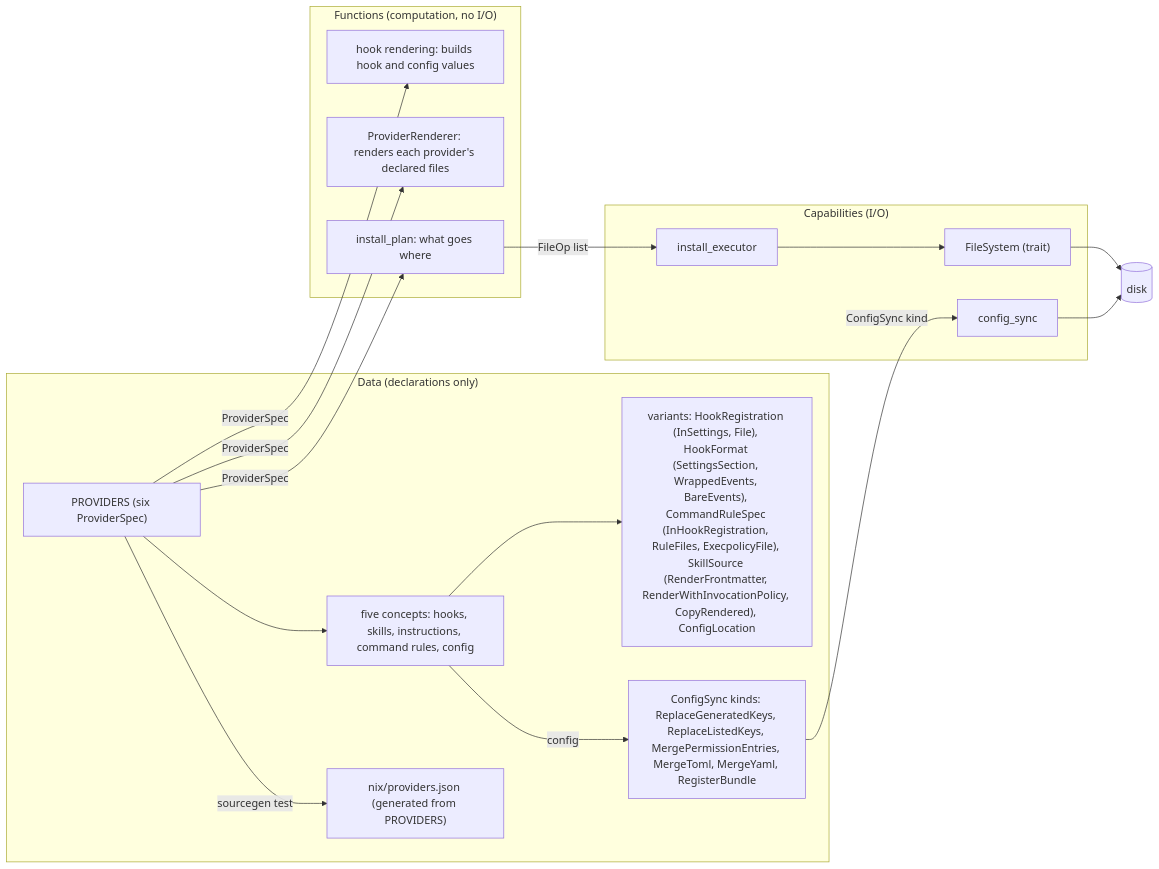
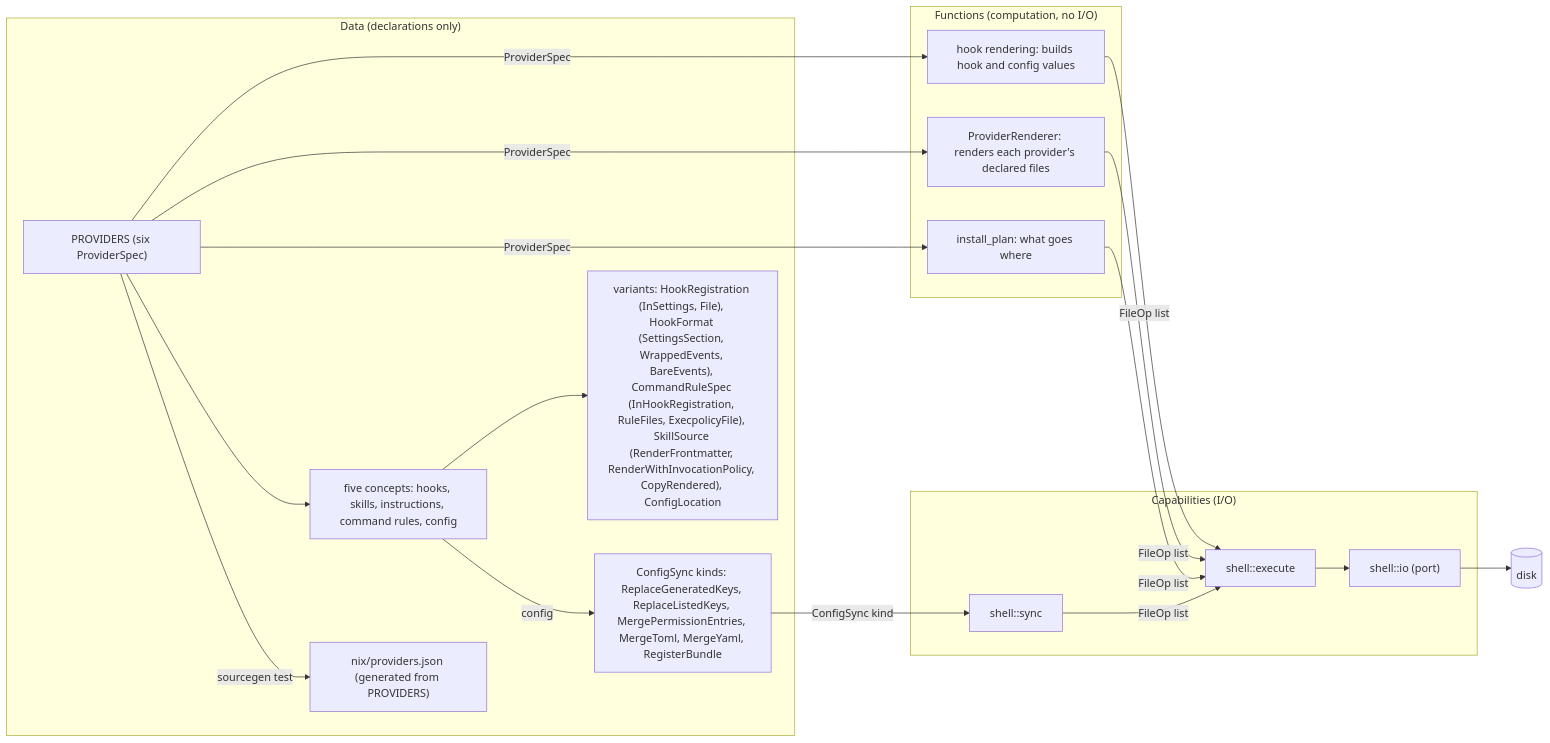
Before and after one commit to furedea/agent-harness: the first of 2 diagrams in docs/DESIGN.md, drawn with Mermaid. The commit also changed other lines of this file and 2 other files, not shown here.

First line of the commit message:
docs(adr): record the functional core and imperative shell split

````diff
--- a/docs/DESIGN.md
+++ b/docs/DESIGN.md
@@ -93,33 +93,35 @@
 ```mermaid
 flowchart LR
   subgraph D["Data (declarations only)"]
     SPEC["PROVIDERS (six ProviderSpec)"]
     CONCEPTS["five concepts: hooks, skills, instructions, command rules, config"]
     VARIANTS["variants: HookRegistration (InSettings, File), HookFormat (SettingsSection, WrappedEvents, BareEvents), CommandRuleSpec (InHookRegistration, RuleFiles, ExecpolicyFile), SkillSource (RenderFrontmatter, RenderWithInvocationPolicy, CopyRendered), ConfigLocation"]
     JSON["nix/providers.json (generated from PROVIDERS)"]
     KINDS["ConfigSync kinds: ReplaceGeneratedKeys, ReplaceListedKeys, MergePermissionEntries, MergeToml, MergeYaml, RegisterBundle"]
   end
   subgraph F["Functions (computation, no I/O)"]
     RENDER["hook rendering: builds hook and config values"]
     RENDERER["ProviderRenderer: renders each provider's declared files"]
     PLAN["install_plan: what goes where"]
   end
   subgraph C["Capabilities (I/O)"]
-    EXEC["install_executor"]
-    FS["FileSystem (trait)"]
-    SYNC["config_sync"]
+    EXEC["shell::execute"]
+    FS["shell::io (port)"]
+    SYNC["shell::sync"]
   end
   DISK[("disk")]
   SPEC -- "ProviderSpec" --> RENDER
   SPEC -- "ProviderSpec" --> RENDERER
   SPEC -- "ProviderSpec" --> PLAN
   SPEC --> CONCEPTS
   CONCEPTS --> VARIANTS
   CONCEPTS -- "config" --> KINDS
   SPEC -- "sourcegen test" --> JSON
   KINDS -- "ConfigSync kind" --> SYNC
+  RENDER -- "FileOp list" --> EXEC
+  RENDERER -- "FileOp list" --> EXEC
   PLAN -- "FileOp list" --> EXEC
+  SYNC -- "FileOp list" --> EXEC
   EXEC --> FS
   FS --> DISK
-  SYNC --> DISK
 ```
````
